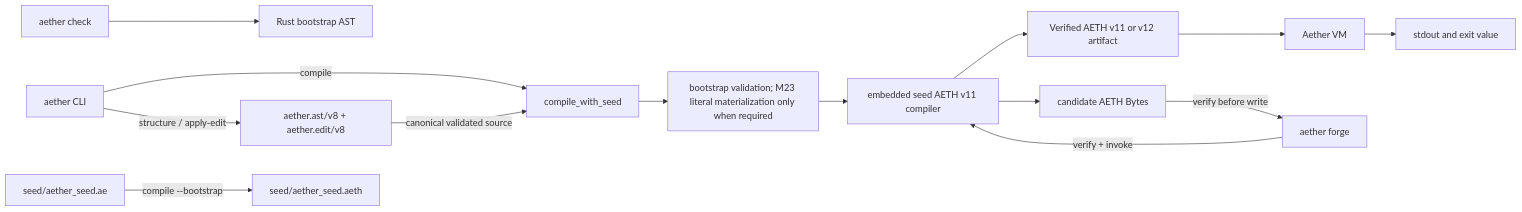
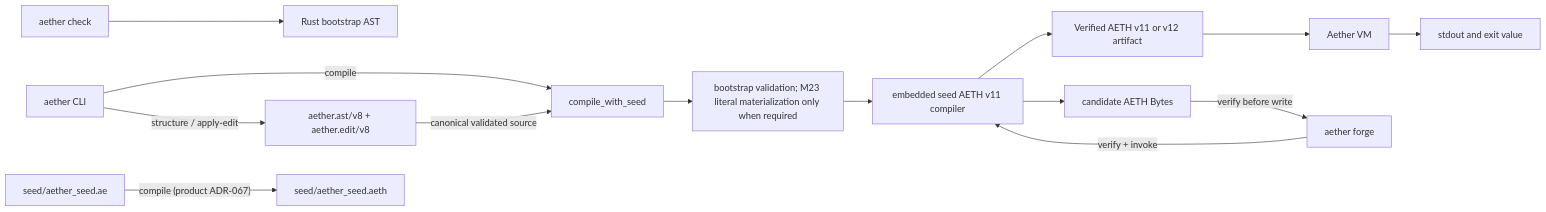
The diagram in docs/ARCHITECTURE.md (MrWizard94-Compile/XLang), drawn with Mermaid before and after one commit. The commit also changed other lines of this file and 17 other files, not shown here.

First line of the commit message:
feat(barp): ADR-065-067 product weave-replace, LSP surface, seed rebuild

```diff
--- a/docs/ARCHITECTURE.md
+++ b/docs/ARCHITECTURE.md
@@ -3,16 +3,16 @@
 ~~~mermaid
 flowchart LR
     CLI["aether CLI"] -->|"compile"| SeedPath["compile_with_seed"]
     CLI -->|"structure / apply-edit"| Authoring["aether.ast/v8 + aether.edit/v8"]
     Authoring -->|"canonical validated source"| SeedPath
     SeedPath --> Bridge["bootstrap validation; M23 literal materialization only when required"]
     Bridge --> SeedArt["embedded seed AETH v11 compiler"]
     SeedArt --> Artifact["Verified AETH v11 or v12 artifact"]
     Artifact --> VM["Aether VM"]
     VM --> Result["stdout and exit value"]
     Check["aether check"] --> Bootstrap["Rust bootstrap AST"]
-    SeedSrc["seed/aether_seed.ae"] -->|"compile --bootstrap"| SeedArtFile["seed/aether_seed.aeth"]
+    SeedSrc["seed/aether_seed.ae"] -->|"compile (product ADR-067)"| SeedArtFile["seed/aether_seed.aeth"]
     Forge["aether forge"] -->|"verify + invoke"| SeedArt
     SeedArt --> Candidate["candidate AETH Bytes"]
     Candidate -->|"verify before write"| Forge
 ~~~
```
